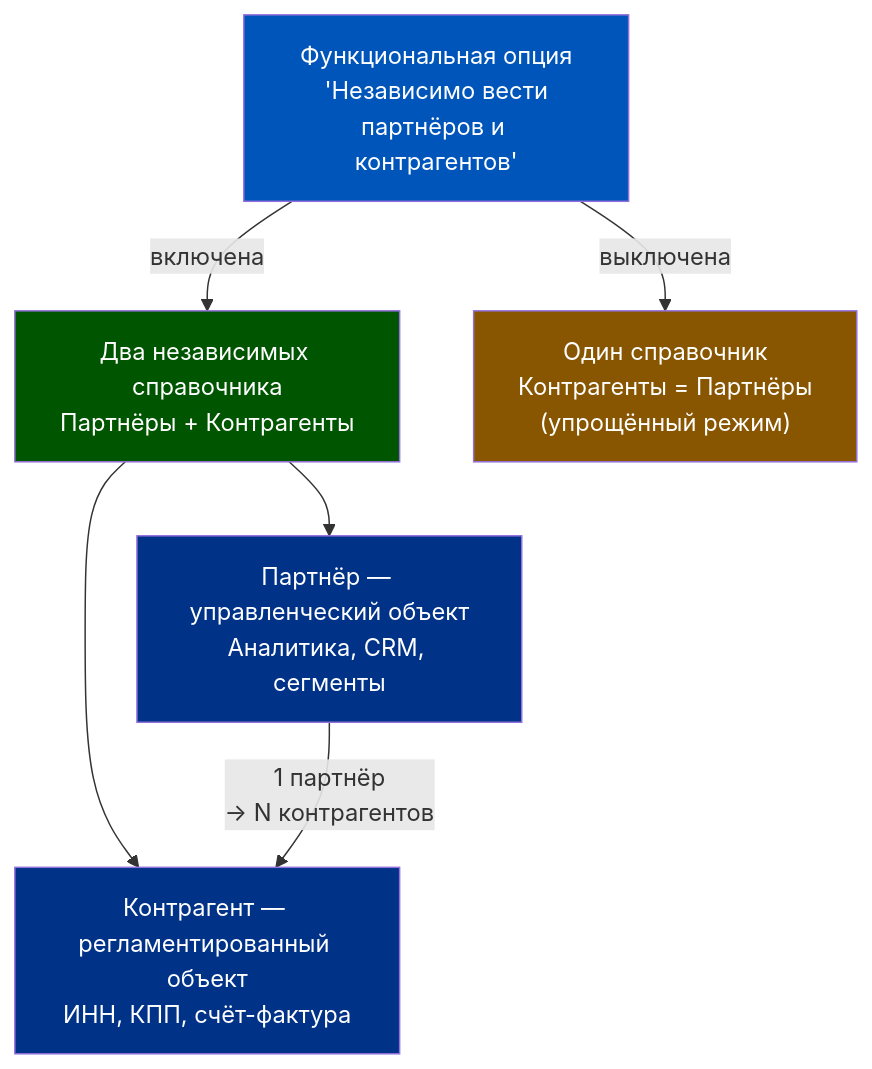
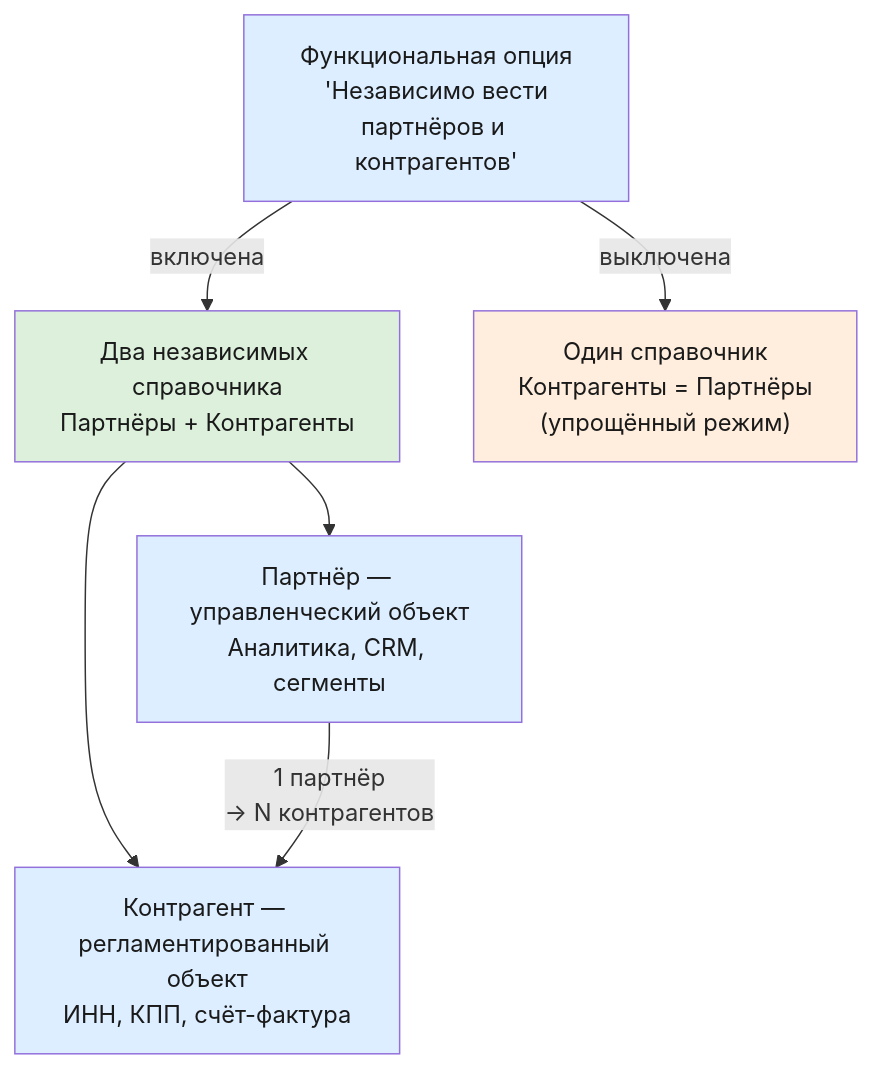
One commit to murad1986/1c-erp-quartz changed the first of 6 diagrams in content/1c-erp/week_2/Неделя 2 - День 3 - Партнёры и контрагенты.md. Above: the diagram before and after it, drawn with Mermaid. The commit also changed other lines of this file and 57 other files, not shown here.

First line of the commit message:
fix: Mermaid — пастельные цвета в источниках диаграмм (56 файлов)

````diff
--- a/content/1c-erp/week_2/Неделя 2 - День 3 - Партнёры и контрагенты.md
+++ b/content/1c-erp/week_2/Неделя 2 - День 3 - Партнёры и контрагенты.md
@@ -85,14 +85,14 @@
 ```mermaid
 graph TD
     A["Функциональная опция<br/>'Независимо вести<br/>партнёров и контрагентов'"] --> |включена| B["Два независимых справочника<br/>Партнёры + Контрагенты"]
     A --> |выключена| C["Один справочник<br/>Контрагенты = Партнёры<br/>(упрощённый режим)"]
     B --> D["Партнёр — управленческий объект<br/>Аналитика, CRM, сегменты"]
     B --> E["Контрагент — регламентированный объект<br/>ИНН, КПП, счёт-фактура"]
     D --> |"1 партнёр<br/>→ N контрагентов"| E
 
-    style A fill:#0055BB,color:#fff
-    style B fill:#005500,color:#fff
-    style C fill:#885500,color:#fff
-    style D fill:#003388,color:#fff
-    style E fill:#003388,color:#fff
+    style A fill:#dceeff,color:#1a1a1a
+    style B fill:#dcf0dc,color:#1a1a1a
+    style C fill:#ffeedd,color:#1a1a1a
+    style D fill:#dceeff,color:#1a1a1a
+    style E fill:#dceeff,color:#1a1a1a
 ```
````
